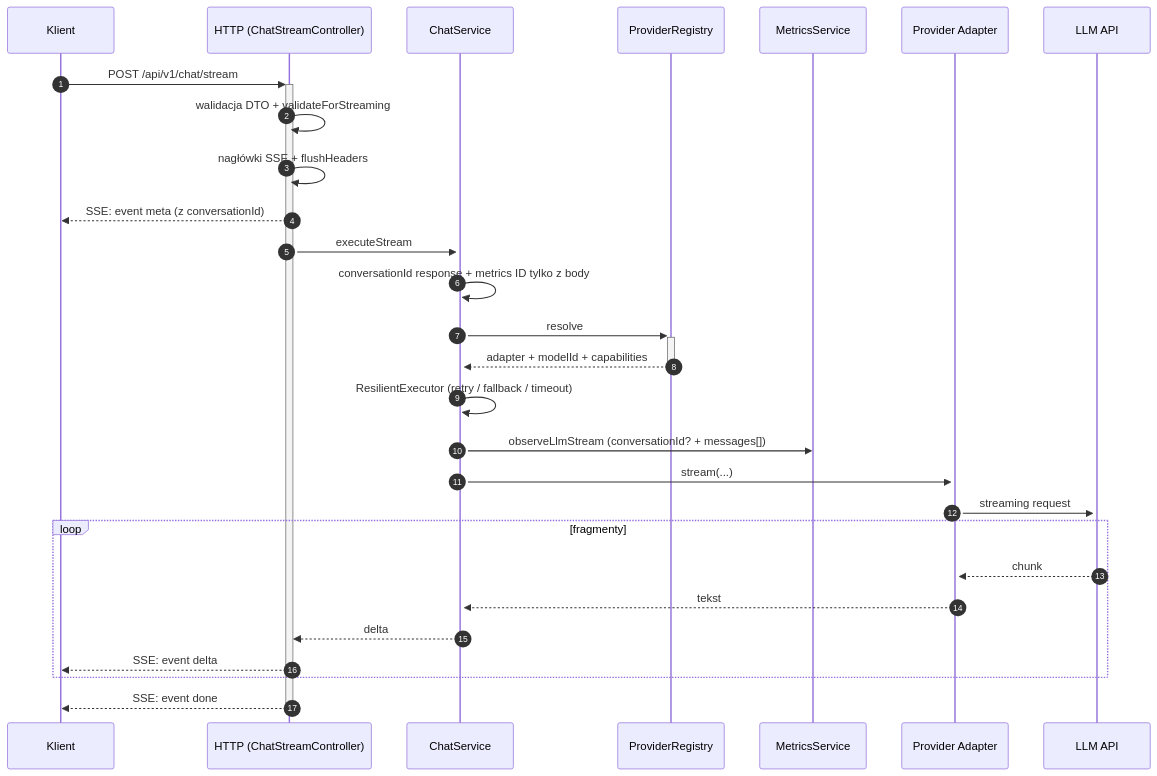
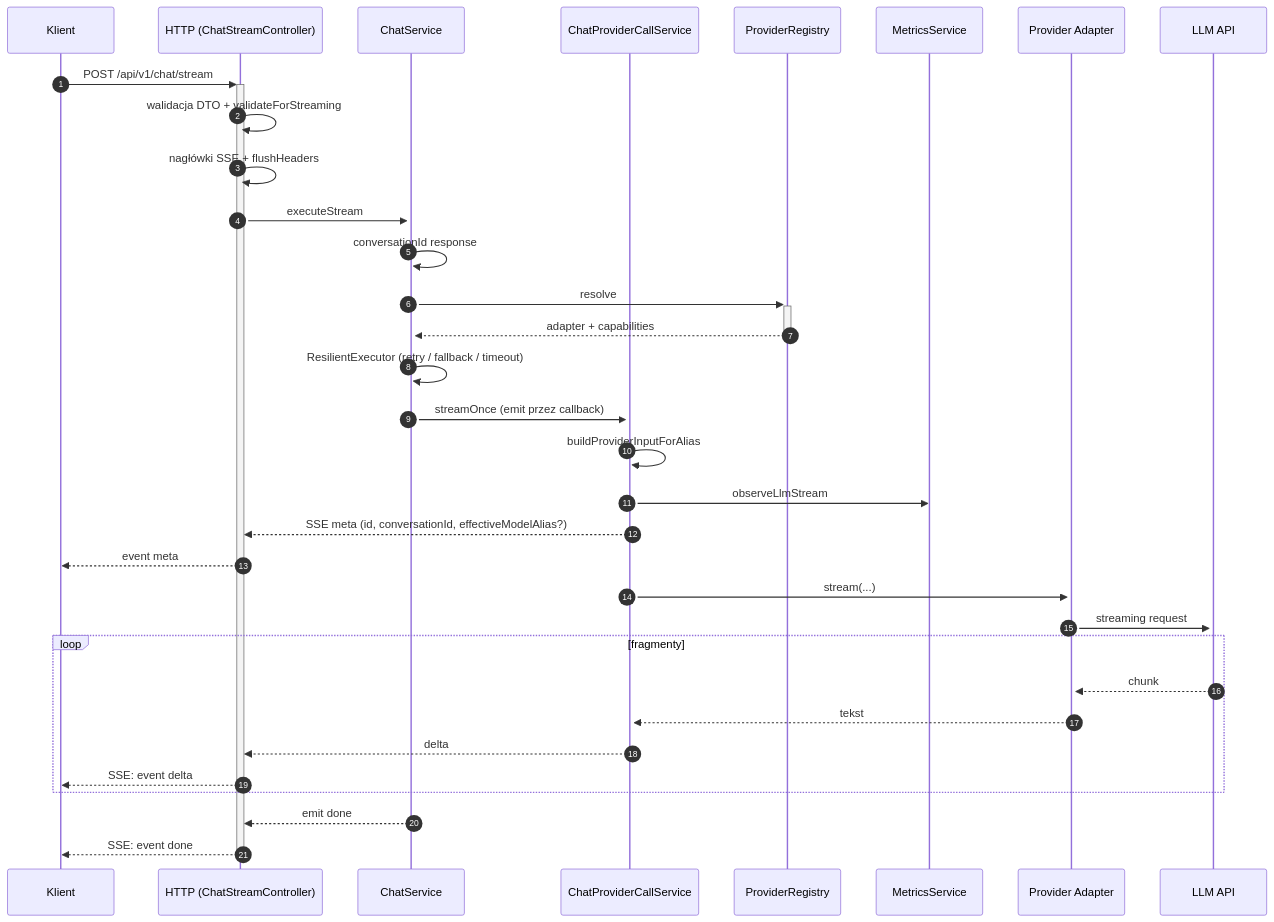
One commit to matej2314/ai-provider-gateway changed the fourth of 4 diagrams in docs/data_flow.md. Above: the diagram before and after it, drawn with Mermaid. The commit also changed other lines of this file and 25 other files, not shown here.

Commit message:
extract provider-call layer and align API docs with code

````diff
--- a/docs/data_flow.md
+++ b/docs/data_flow.md
@@ -122,31 +126,36 @@
 ```mermaid
 sequenceDiagram
   autonumber
   participant K as Klient
   participant H as HTTP (ChatStreamController)
   participant S as ChatService
+  participant PC as ChatProviderCallService
   participant R as ProviderRegistry
   participant M as MetricsService
   participant P as Provider Adapter
   participant A as LLM API
 
   K->>+H: POST /api/v1/chat/stream
   H->>H: walidacja DTO + validateForStreaming
   H->>H: nagłówki SSE + flushHeaders
-  H-->>K: SSE: event meta (z conversationId)
   H->>+S: executeStream
-  S->>S: conversationId response + metrics ID tylko z body
+  S->>S: conversationId response
   S->>+R: resolve
-  R-->>-S: adapter + modelId + capabilities
+  R-->>-S: adapter + capabilities
   S->>S: ResilientExecutor (retry / fallback / timeout)
-  S->>M: observeLlmStream (conversationId? + messages[])
-  S->>+P: stream(...)
+  S->>+PC: streamOnce (emit przez callback)
+  PC->>PC: buildProviderInputForAlias
+  PC->>M: observeLlmStream
+  PC-->>H: SSE meta (id, conversationId, effectiveModelAlias?)
+  H-->>K: event meta
+  PC->>+P: stream(...)
   P->>+A: streaming request
   loop fragmenty
     A-->>P: chunk
-    P-->>S: tekst
-    S-->>H: delta
+    P-->>PC: tekst
+    PC-->>H: delta
     H-->>K: SSE: event delta
   end
+  S-->>H: emit done
   H-->>-K: SSE: event done
 ```
````
